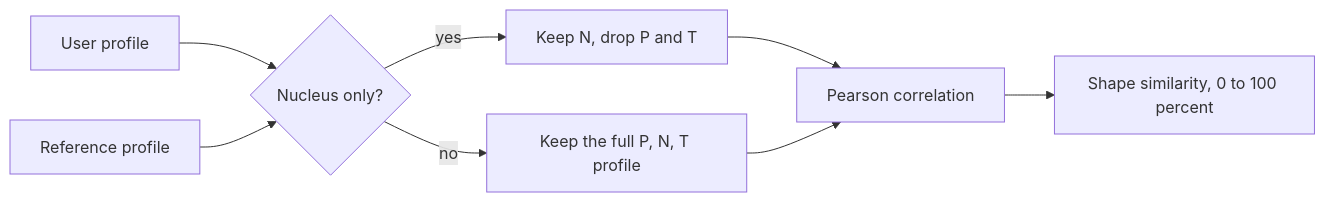
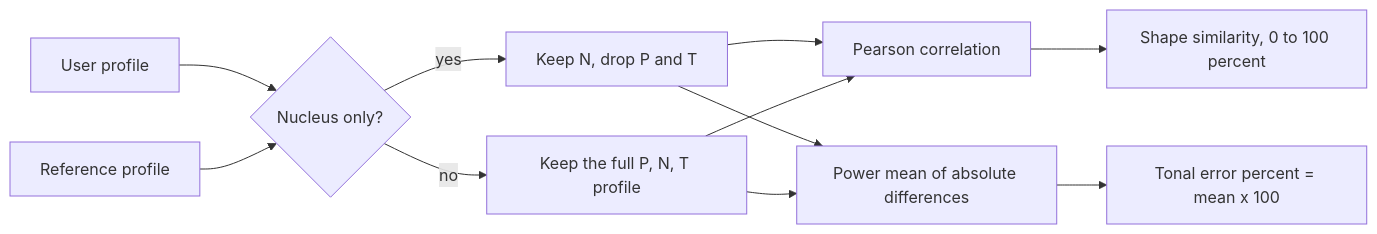
The eighth of 9 diagrams in docs/data_flow_en.md (zhitko/singing-lessons-trainer), drawn with Mermaid before and after one commit. The commit also changed other lines of this file and 144 other files, not shown here.

First line of the commit message:
Bundle singing lessons and score mean tonal error.

````diff
--- a/docs/data_flow_en.md
+++ b/docs/data_flow_en.md
@@ -219,10 +219,13 @@
 ```mermaid
 flowchart LR
     Uump["User profile"] --> Nonly{"Nucleus only?"}
     Rump["Reference profile"] --> Nonly
     Nonly -->|yes| Ncut["Keep N, drop P and T"]
     Nonly -->|no| Keep["Keep the full P, N, T profile"]
     Ncut --> Corr["Pearson correlation"]
     Keep --> Corr
     Corr --> Out3["Shape similarity, 0 to 100 percent"]
+    Ncut --> Err["Power mean of absolute differences"]
+    Keep --> Err
+    Err --> Out4["Tonal error percent = mean x 100"]
 ```
````
